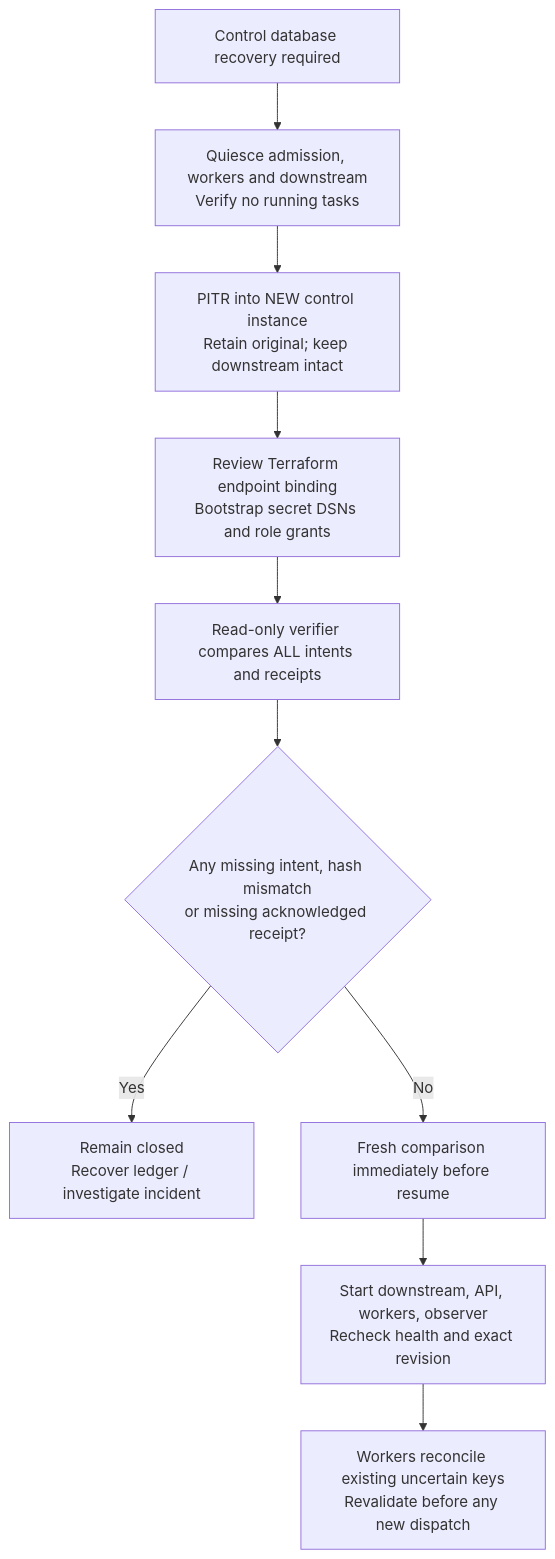
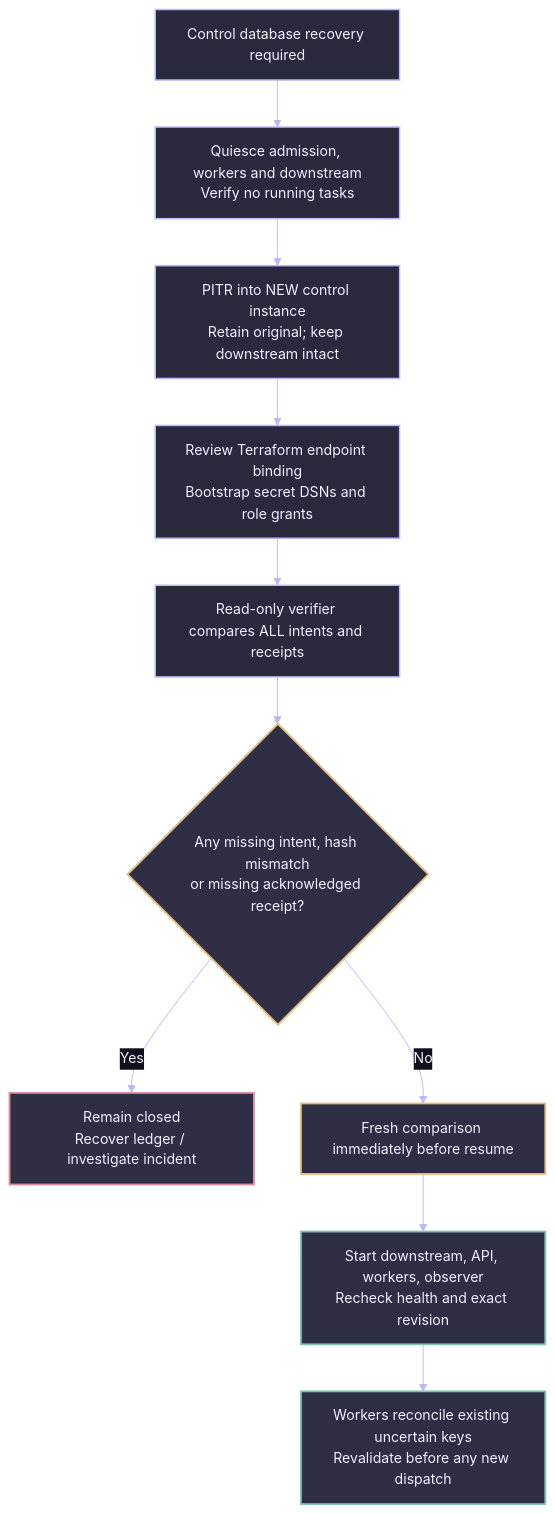
One commit to rlbsem/enterprise-martech-ai-control-plane changed the diagram in docs/diagrams/06-database-restore.mmd. Above: the diagram before and after it, drawn with Mermaid. The commit also changed 17 other files, not shown here.

First line of the commit message:
Brand architecture diagrams with Groundbreakers visual system (#3)

```diff
--- a/docs/diagrams/06-database-restore.mmd
+++ b/docs/diagrams/06-database-restore.mmd
@@ -1,10 +1,19 @@
+%%{init: {"theme":"base","themeVariables":{"background":"#10101D","primaryColor":"#2A2A3D","primaryTextColor":"#F0F0FF","primaryBorderColor":"#7C7CAF","lineColor":"#B8B8FF","textColor":"#F0F0FF","secondaryColor":"#181825","tertiaryColor":"#2E2E45","fontFamily":"IBM Plex Sans, Arial, sans-serif","fontSize":"15px","edgeLabelBackground":"#10101D"}}}%%
 flowchart TD
   Incident["Control database recovery required"] --> Freeze["Quiesce admission, workers and downstream<br/>Verify no running tasks"]
   Freeze --> Restore["PITR into NEW control instance<br/>Retain original; keep downstream intact"]
   Restore --> Bind["Review Terraform endpoint binding<br/>Bootstrap secret DSNs and role grants"]
   Bind --> Compare["Read-only verifier compares ALL intents and receipts"]
   Compare --> Result{"Any missing intent, hash mismatch<br/>or missing acknowledged receipt?"}
   Result -->|Yes| Hold["Remain closed<br/>Recover ledger / investigate incident"]
   Result -->|No| Proof["Fresh comparison immediately before resume"]
   Proof --> Resume["Start downstream, API, workers, observer<br/>Recheck health and exact revision"]
   Resume --> Reconcile["Workers reconcile existing uncertain keys<br/>Revalidate before any new dispatch"]
+  classDef stage fill:#2A2A3D,stroke:#B8B8FF,color:#F0F0FF,stroke-width:1.6px
+  classDef gate fill:#2E2E45,stroke:#E3BC7F,color:#F0F0FF,stroke-width:2px
+  classDef hold fill:#2E2E45,stroke:#D98EA3,color:#F0F0FF,stroke-width:2px
+  classDef release fill:#2E2E45,stroke:#81C5B0,color:#F0F0FF,stroke-width:2px
+  class Incident,Freeze,Restore,Bind,Compare stage
+  class Result,Proof gate
+  class Hold hold
+  class Resume,Reconcile release
```
